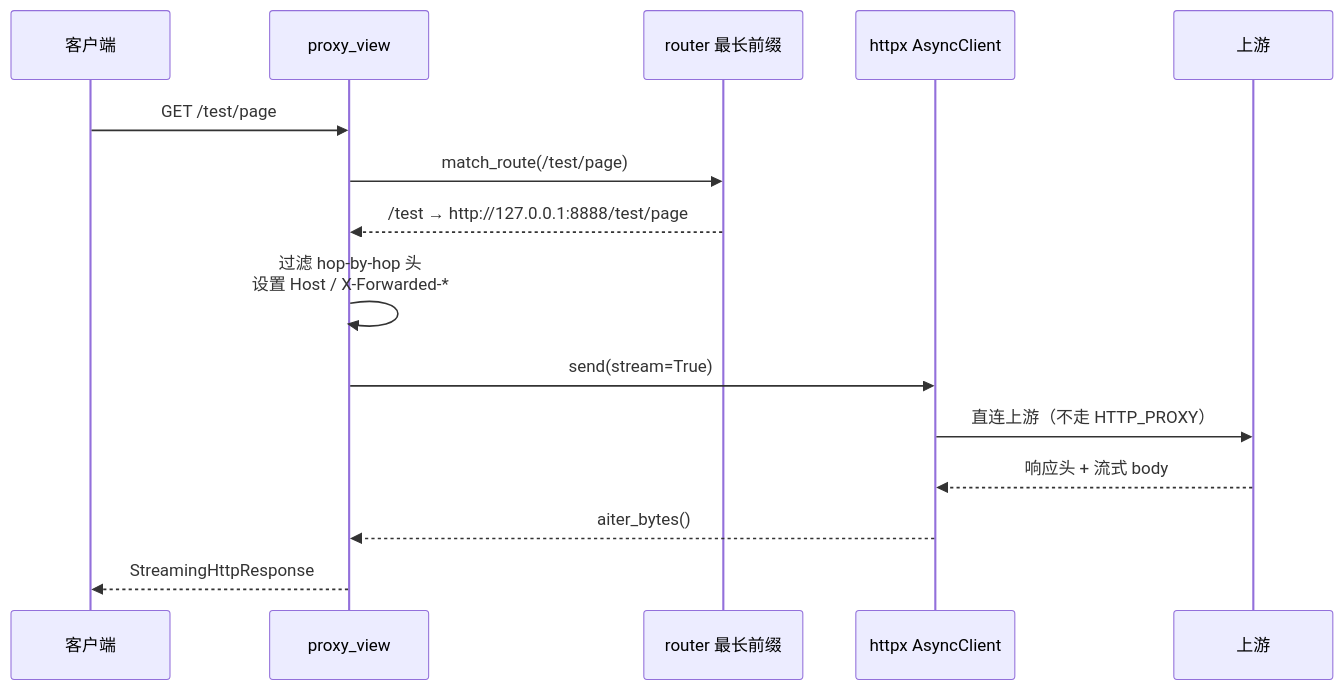
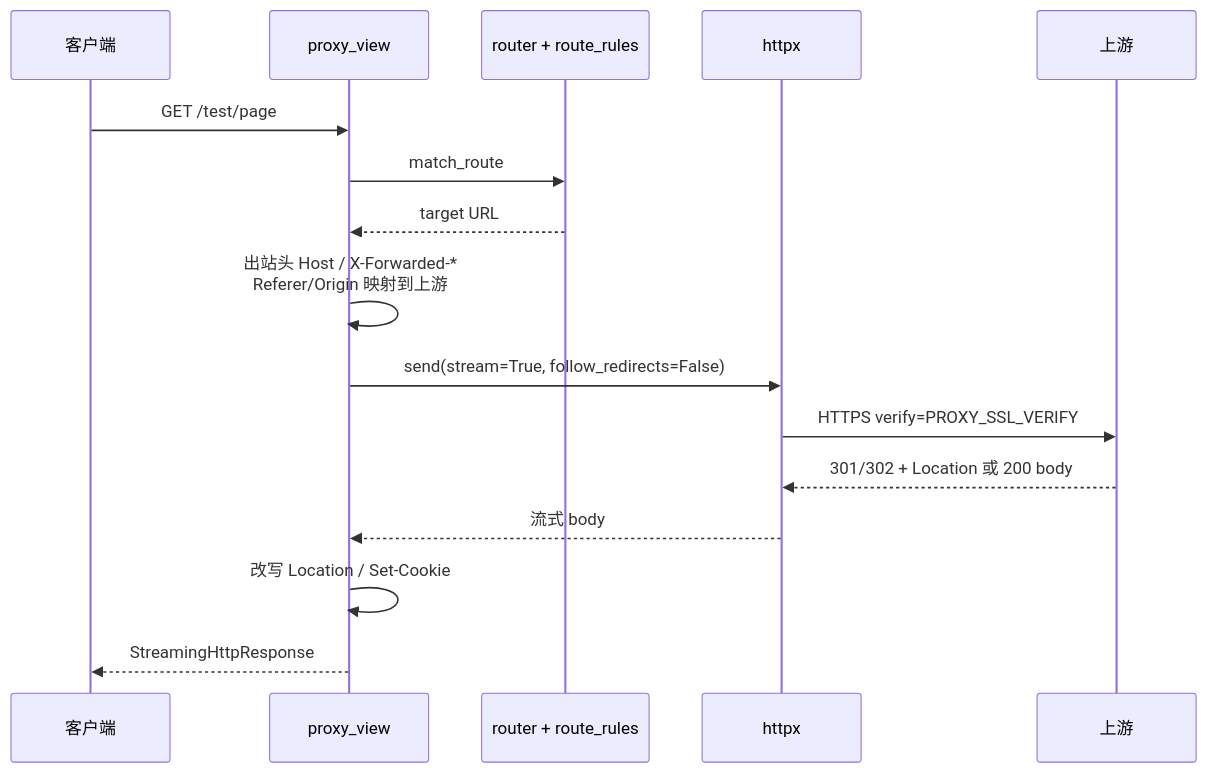
One commit to zhuddd/django_proxy changed the second of 2 diagrams in docs/项目文档.md. Above: the diagram before and after it, drawn with Mermaid. The commit also changed other lines of this file and 1 other file, not shown here.

````diff
--- a/docs/项目文档.md
+++ b/docs/项目文档.md
@@ -99,18 +100,19 @@
 ```mermaid
 sequenceDiagram
     participant C as 客户端
     participant G as proxy_view
-    participant R as router 最长前缀
-    participant H as httpx AsyncClient
+    participant R as router + route_rules
+    participant H as httpx
     participant U as 上游
 
     C->>G: GET /test/page
-    G->>R: match_route(/test/page)
-    R-->>G: /test → http://127.0.0.1:8888/test/page
-    G->>G: 过滤 hop-by-hop 头<br/>设置 Host / X-Forwarded-*
-    G->>H: send(stream=True)
-    H->>U: 直连上游（不走 HTTP_PROXY）
-    U-->>H: 响应头 + 流式 body
-    H-->>G: aiter_bytes()
+    G->>R: match_route
+    R-->>G: target URL
+    G->>G: 出站头 Host / X-Forwarded-*<br/>Referer/Origin 映射到上游
+    G->>H: send(stream=True, follow_redirects=False)
+    H->>U: HTTPS verify=PROXY_SSL_VERIFY
+    U-->>H: 301/302 + Location 或 200 body
+    H-->>G: 流式 body
+    G->>G: 改写 Location / Set-Cookie
     G-->>C: StreamingHttpResponse
 ```
````
